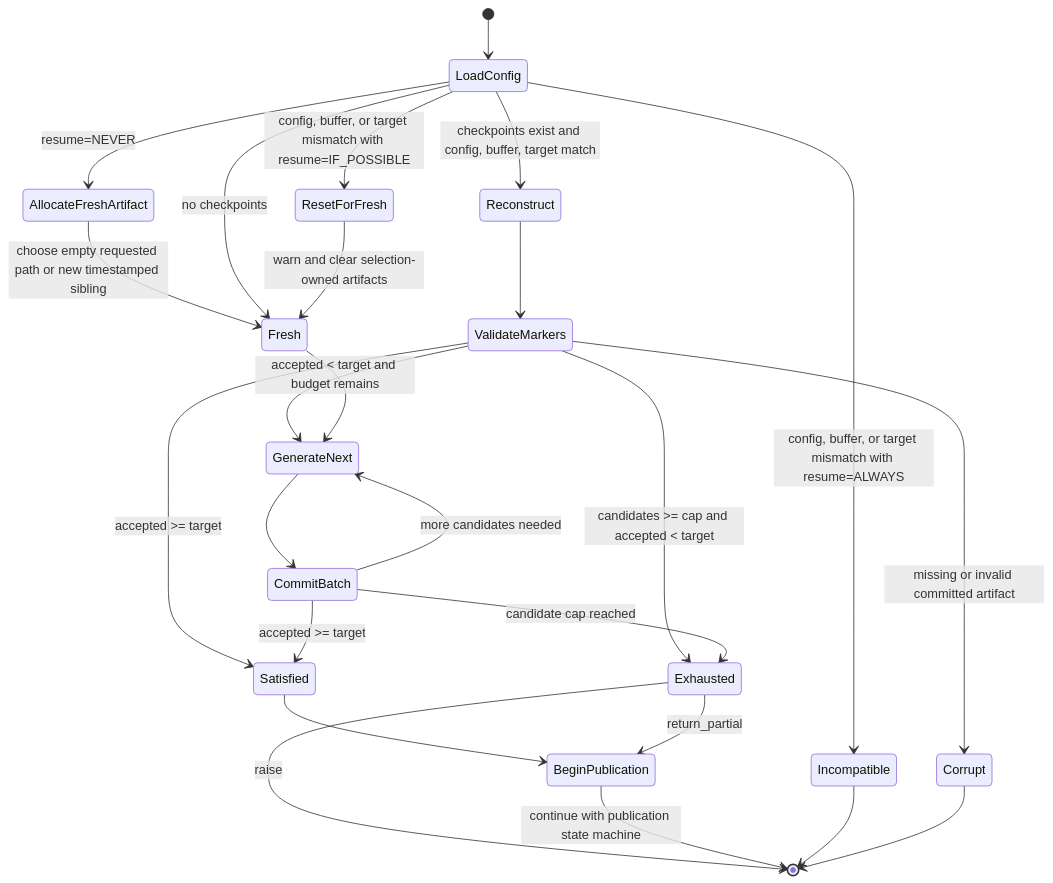
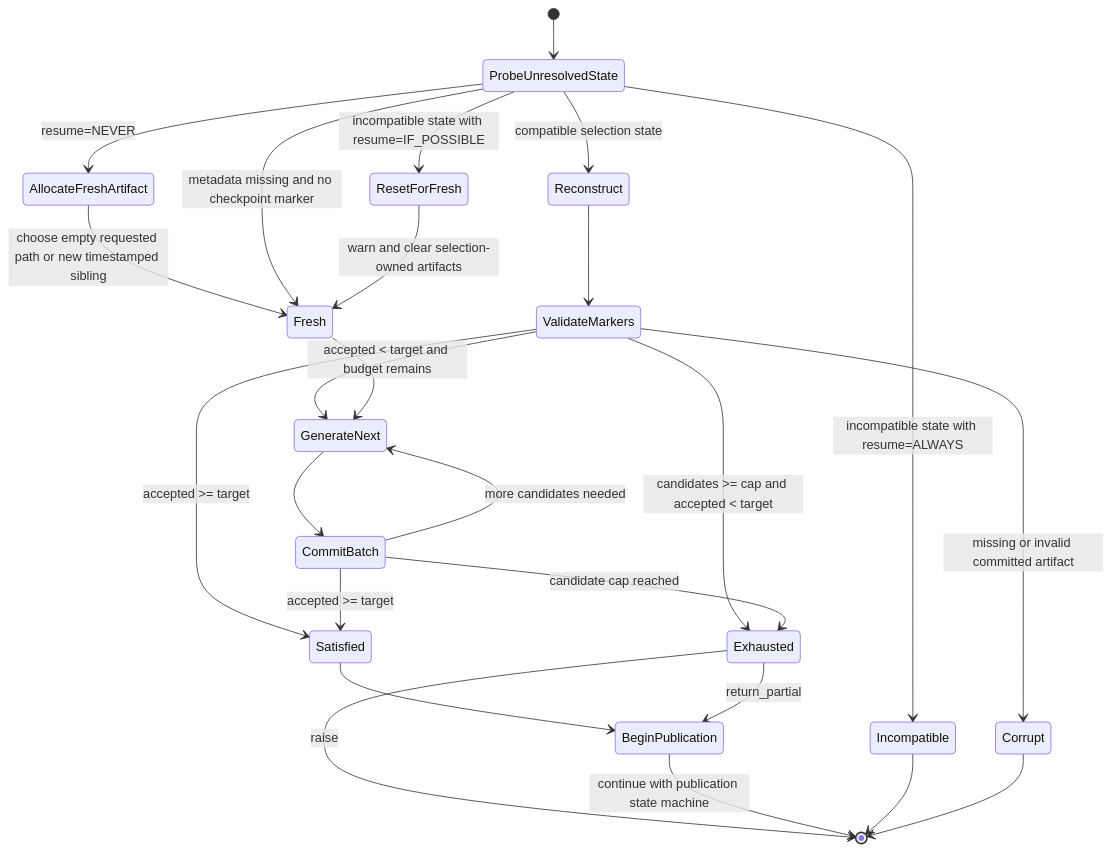
One commit to NVIDIA-NeMo/DataDesigner changed the seventh of 7 diagrams in plans/790/engine-native-record-selection.md. Above: the diagram before and after it, drawn with Mermaid. The commit also changed other lines of this file and 8 other files, not shown here.

````diff
--- a/plans/790/engine-native-record-selection.md
+++ b/plans/790/engine-native-record-selection.md
@@ -911,30 +936,30 @@
 ```mermaid
 stateDiagram-v2
-    [*] --> LoadConfig
-    LoadConfig --> AllocateFreshArtifact: resume=NEVER
+    [*] --> ProbeUnresolvedState
+    ProbeUnresolvedState --> AllocateFreshArtifact: resume=NEVER
     AllocateFreshArtifact --> Fresh: choose empty requested path or new timestamped sibling
-    LoadConfig --> Fresh: no checkpoints
-    LoadConfig --> Reconstruct: checkpoints exist and config, buffer, target match
-    LoadConfig --> Incompatible: config, buffer, or target mismatch with resume=ALWAYS
-    LoadConfig --> ResetForFresh: config, buffer, or target mismatch with resume=IF_POSSIBLE
+    ProbeUnresolvedState --> Fresh: metadata missing and no checkpoint marker
+    ProbeUnresolvedState --> Reconstruct: compatible selection state
+    ProbeUnresolvedState --> Incompatible: incompatible state with resume=ALWAYS
+    ProbeUnresolvedState --> ResetForFresh: incompatible state with resume=IF_POSSIBLE
     ResetForFresh --> Fresh: warn and clear selection-owned artifacts
 
     Reconstruct --> ValidateMarkers
     ValidateMarkers --> Corrupt: missing or invalid committed artifact
     ValidateMarkers --> Satisfied: accepted >= target
     ValidateMarkers --> Exhausted: candidates >= cap and accepted < target
     ValidateMarkers --> GenerateNext: accepted < target and budget remains
 
     Fresh --> GenerateNext
     GenerateNext --> CommitBatch
     CommitBatch --> Satisfied: accepted >= target
     CommitBatch --> Exhausted: candidate cap reached
     CommitBatch --> GenerateNext: more candidates needed
 
     Satisfied --> BeginPublication
     Exhausted --> BeginPublication: return_partial
     Exhausted --> [*]: raise
     BeginPublication --> [*]: continue with publication state machine
     Incompatible --> [*]
     Corrupt --> [*]
 ```
````
